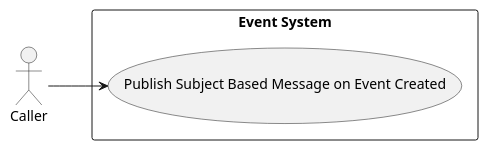
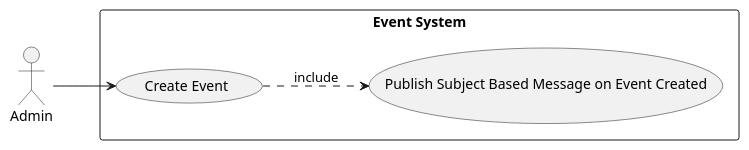
The diagram in UseCase/Release04/EventSubSystem.wsd (fwidjaya20/fazzlearning-uml), drawn with PlantUML before and after one commit. The commit also changed 4 other files, not shown here.

```diff
--- a/UseCase/Release04/EventSubSystem.wsd
+++ b/UseCase/Release04/EventSubSystem.wsd
@@ -1,15 +1,17 @@
 @startuml EventSubSystem
 
 left to right direction
 
 skinparam Monochrome true
 skinparam Shadowing false
 skinparam packageStyle rectangle
 
-actor Caller
+actor Admin
 
 rectangle "Event System" {
-    Caller --> (Publish Subject Based Message on Event Created)
+    Admin --> (Create Event)
+    
+    (Create Event) ..> (Publish Subject Based Message on Event Created) : include
 }
 
 @enduml
```
